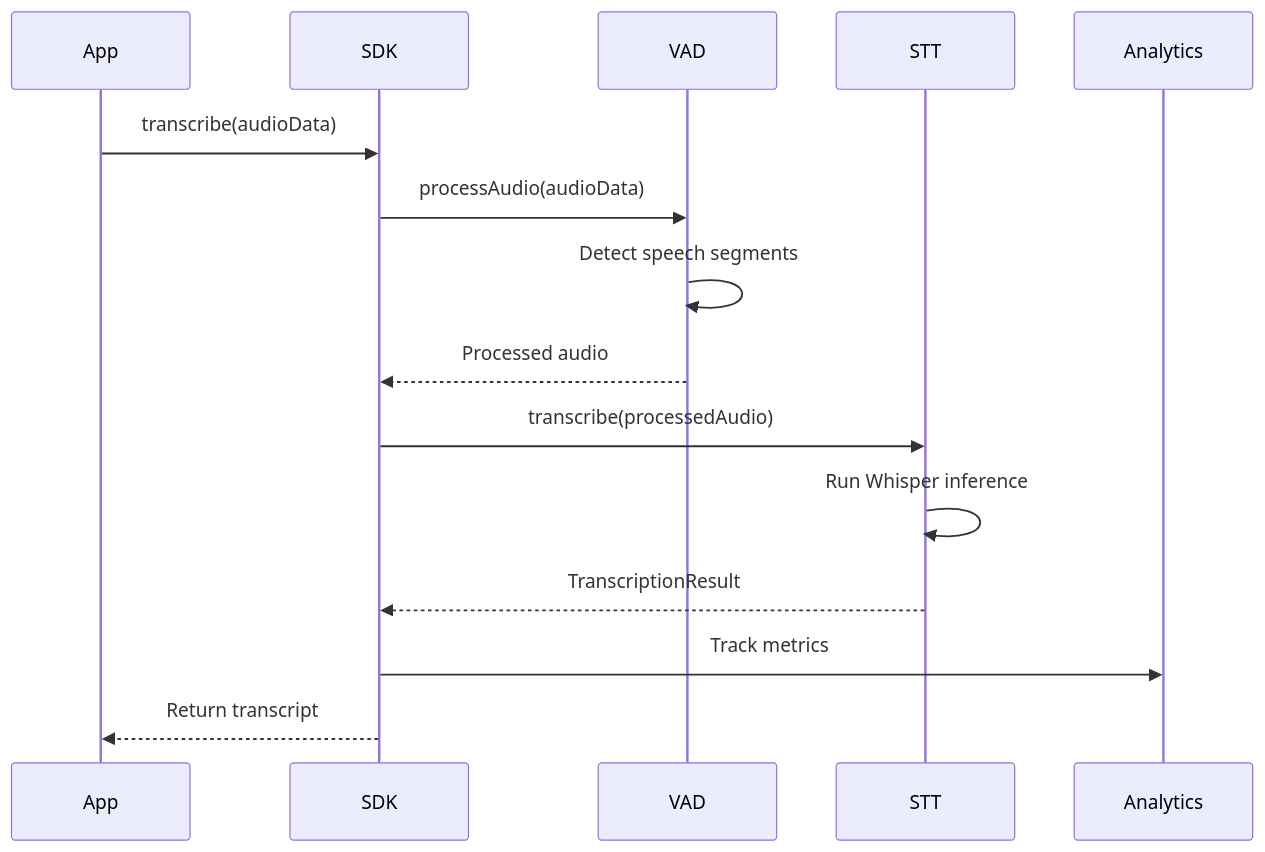
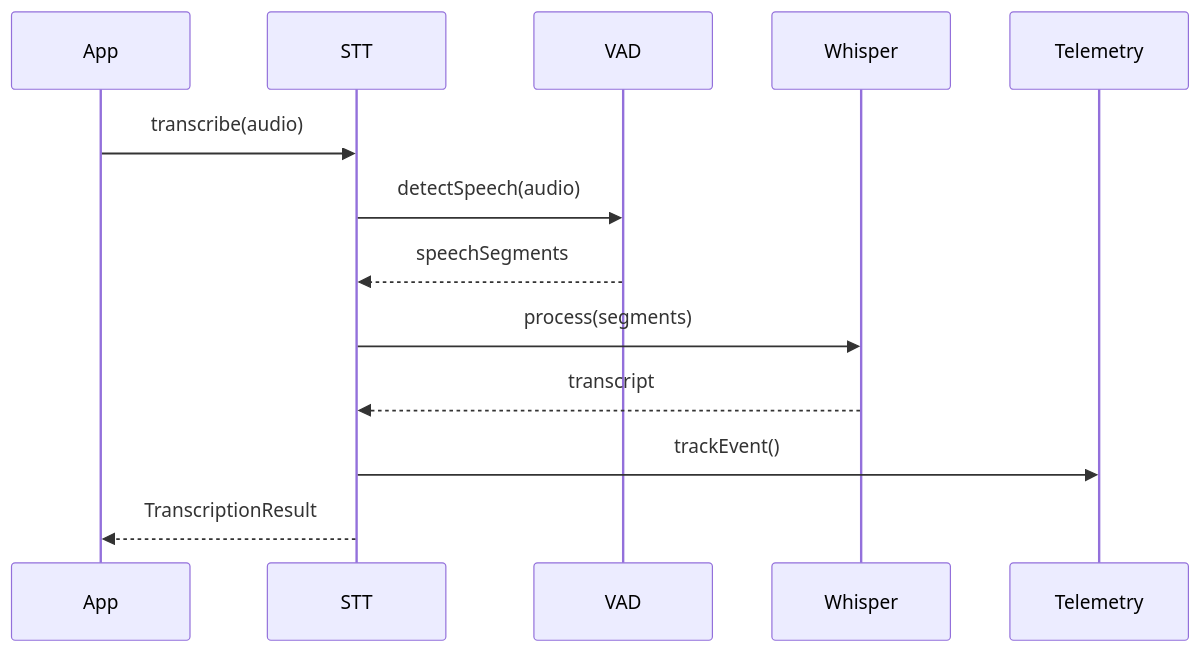
One commit to RunanywhereAI/runanywhere-sdks changed the sixth of 6 diagrams in sdk/runanywhere-kotlin/ARCHITECTURE.md. Above: the diagram before and after it, drawn with Mermaid. The commit also changed other lines of this file and 31 other files, not shown here.

Commit message:
refactor: Consolidate and streamline SDK architecture for improved maintainability

````diff
--- a/sdk/runanywhere-kotlin/ARCHITECTURE.md
+++ b/sdk/runanywhere-kotlin/ARCHITECTURE.md
@@ -180,18 +341,16 @@
 ```mermaid
 sequenceDiagram
     participant App
-    participant SDK
+    participant STT
     participant VAD
-    participant STT
-    participant Analytics
+    participant Whisper
+    participant Telemetry
 
-    App->>SDK: transcribe(audioData)
-    SDK->>VAD: processAudio(audioData)
-    VAD->>VAD: Detect speech segments
-    VAD-->>SDK: Processed audio
-    SDK->>STT: transcribe(processedAudio)
-    STT->>STT: Run Whisper inference
-    STT-->>SDK: TranscriptionResult
-    SDK->>Analytics: Track metrics
-    SDK-->>App: Return transcript
+    App->>STT: transcribe(audio)
+    STT->>VAD: detectSpeech(audio)
+    VAD-->>STT: speechSegments
+    STT->>Whisper: process(segments)
+    Whisper-->>STT: transcript
+    STT->>Telemetry: trackEvent()
+    STT-->>App: TranscriptionResult
 ```
````
